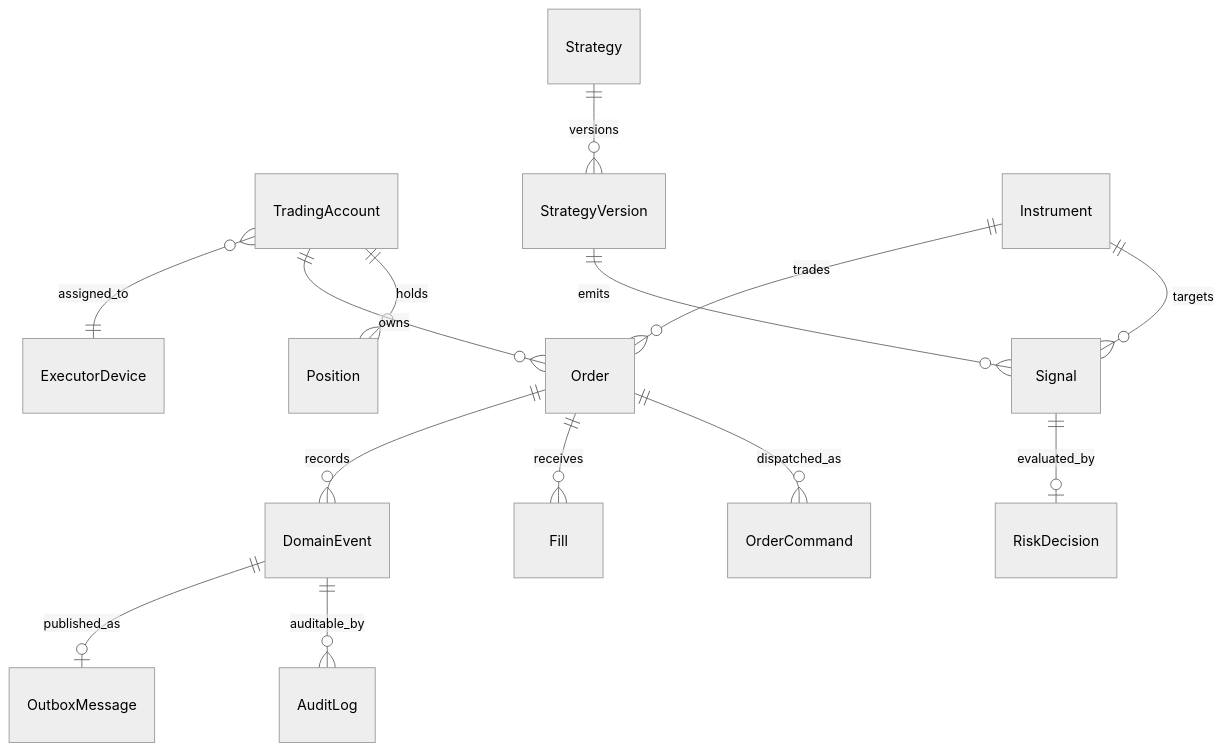
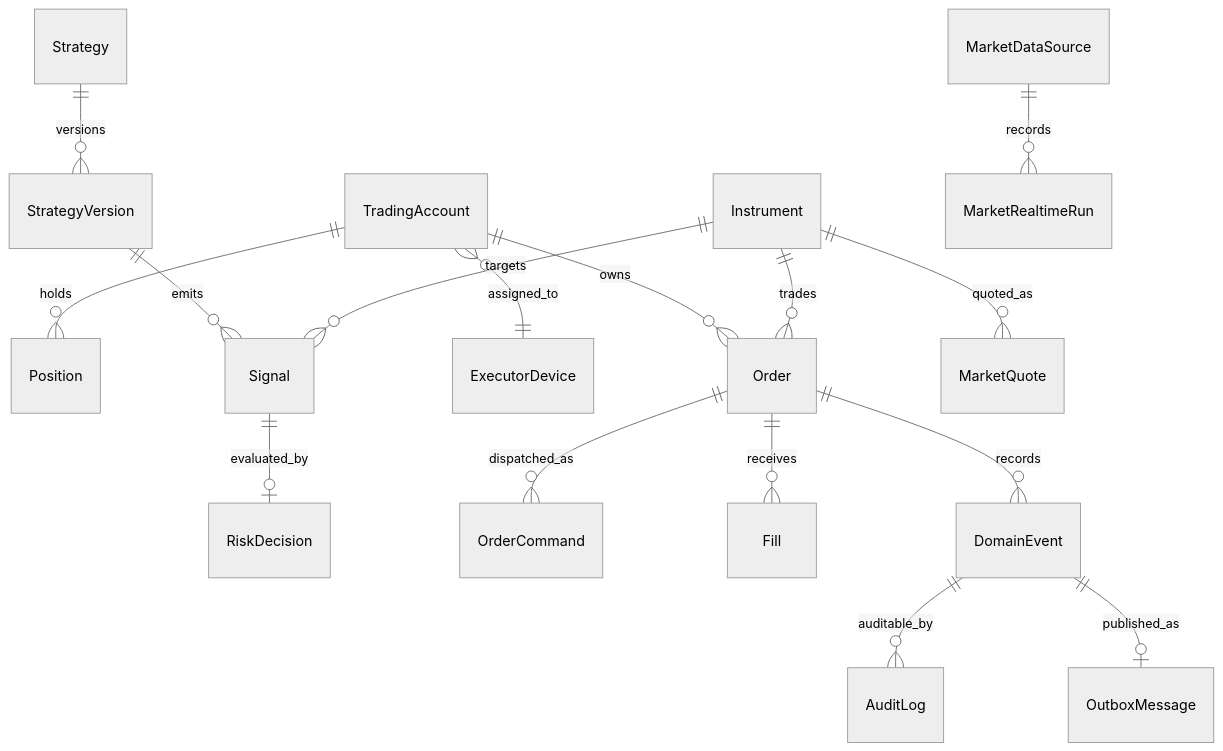
One commit to emilchen96-ops/AlphaBeta changed the diagram in docs/domain_model.md. Above: the diagram before and after it, drawn with Mermaid (neutral theme). The commit also changed other lines of this file and 74 other files, not shown here.

Commit message:
feat: seal M04.1 market data runtime infrastructure

````diff
--- a/docs/domain_model.md
+++ b/docs/domain_model.md
@@ -30,16 +38,18 @@
 ```mermaid
 erDiagram
   TradingAccount ||--o{ Position : holds
   TradingAccount ||--o{ Order : owns
   TradingAccount }o--|| ExecutorDevice : assigned_to
   Strategy ||--o{ StrategyVersion : versions
   StrategyVersion ||--o{ Signal : emits
   Signal ||--o| RiskDecision : evaluated_by
   Instrument ||--o{ Signal : targets
   Instrument ||--o{ Order : trades
+  Instrument ||--o{ MarketQuote : quoted_as
+  MarketDataSource ||--o{ MarketRealtimeRun : records
   Order ||--o{ OrderCommand : dispatched_as
   Order ||--o{ Fill : receives
   Order ||--o{ DomainEvent : records
   DomainEvent ||--o{ AuditLog : auditable_by
   DomainEvent ||--o| OutboxMessage : published_as
 ```
````
